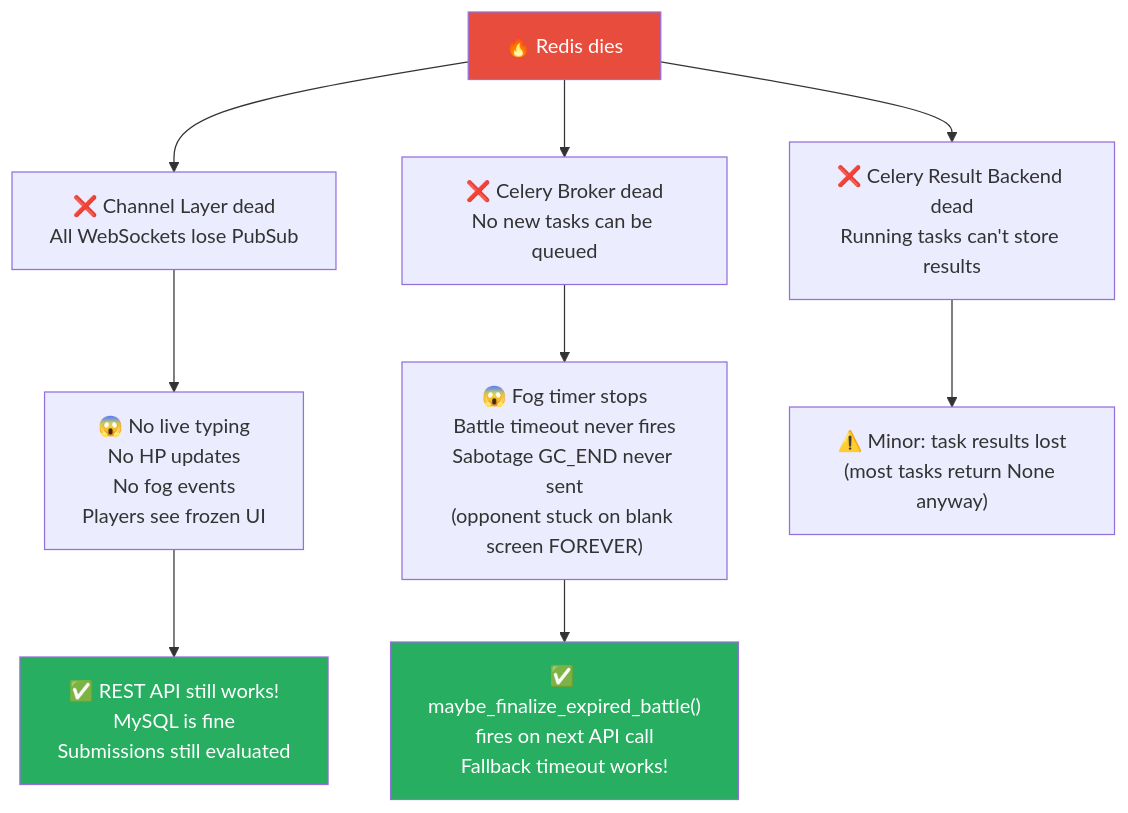
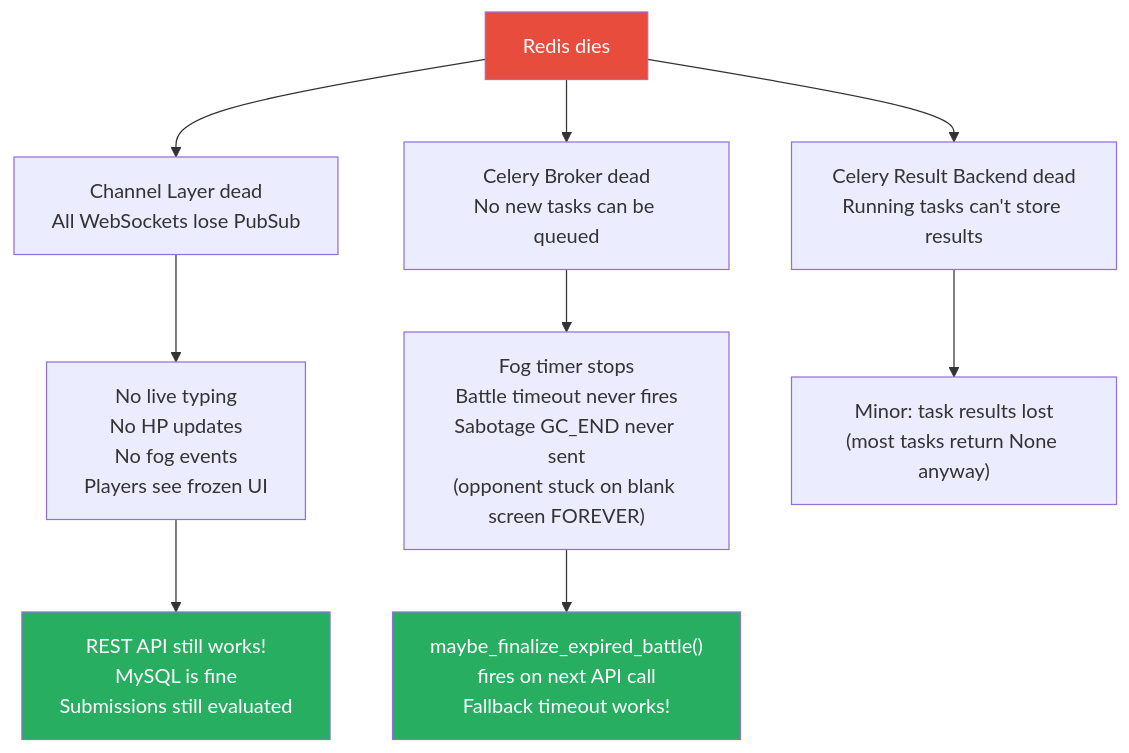
One commit to big-o-ff/arena changed the fourth of 6 diagrams in sysDesign.md. Above: the diagram before and after it, drawn with Mermaid. The commit also changed other lines of this file, not shown here.

````diff
--- a/sysDesign.md
+++ b/sysDesign.md
@@ -361,17 +347,17 @@
 ```mermaid
 graph TD
-    FIRE["🔥 Redis dies"] --> C1["❌ Channel Layer dead<br/>All WebSockets lose PubSub"]
-    FIRE --> C2["❌ Celery Broker dead<br/>No new tasks can be queued"]
-    FIRE --> C3["❌ Celery Result Backend dead<br/>Running tasks can't store results"]
+    FIRE["Redis dies"] --> C1["Channel Layer dead<br/>All WebSockets lose PubSub"]
+    FIRE --> C2["Celery Broker dead<br/>No new tasks can be queued"]
+    FIRE --> C3["Celery Result Backend dead<br/>Running tasks can't store results"]
 
-    C1 --> E1["😱 No live typing<br/>No HP updates<br/>No fog events<br/>Players see frozen UI"]
-    C2 --> E2["😱 Fog timer stops<br/>Battle timeout never fires<br/>Sabotage GC_END never sent<br/>(opponent stuck on blank screen FOREVER)"]
-    C3 --> E3["⚠️ Minor: task results lost<br/>(most tasks return None anyway)"]
+    C1 --> E1["No live typing<br/>No HP updates<br/>No fog events<br/>Players see frozen UI"]
+    C2 --> E2["Fog timer stops<br/>Battle timeout never fires<br/>Sabotage GC_END never sent<br/>(opponent stuck on blank screen FOREVER)"]
+    C3 --> E3["Minor: task results lost<br/>(most tasks return None anyway)"]
 
-    E1 --> SAVE1["✅ REST API still works!<br/>MySQL is fine<br/>Submissions still evaluated"]
-    E2 --> SAVE2["✅ maybe_finalize_expired_battle()<br/>fires on next API call<br/>Fallback timeout works!"]
+    E1 --> SAVE1["REST API still works!<br/>MySQL is fine<br/>Submissions still evaluated"]
+    E2 --> SAVE2["maybe_finalize_expired_battle()<br/>fires on next API call<br/>Fallback timeout works!"]
 
     style FIRE fill:#e74c3c,color:#fff
     style SAVE1 fill:#27ae60,color:#fff
     style SAVE2 fill:#27ae60,color:#fff
 ```
````
